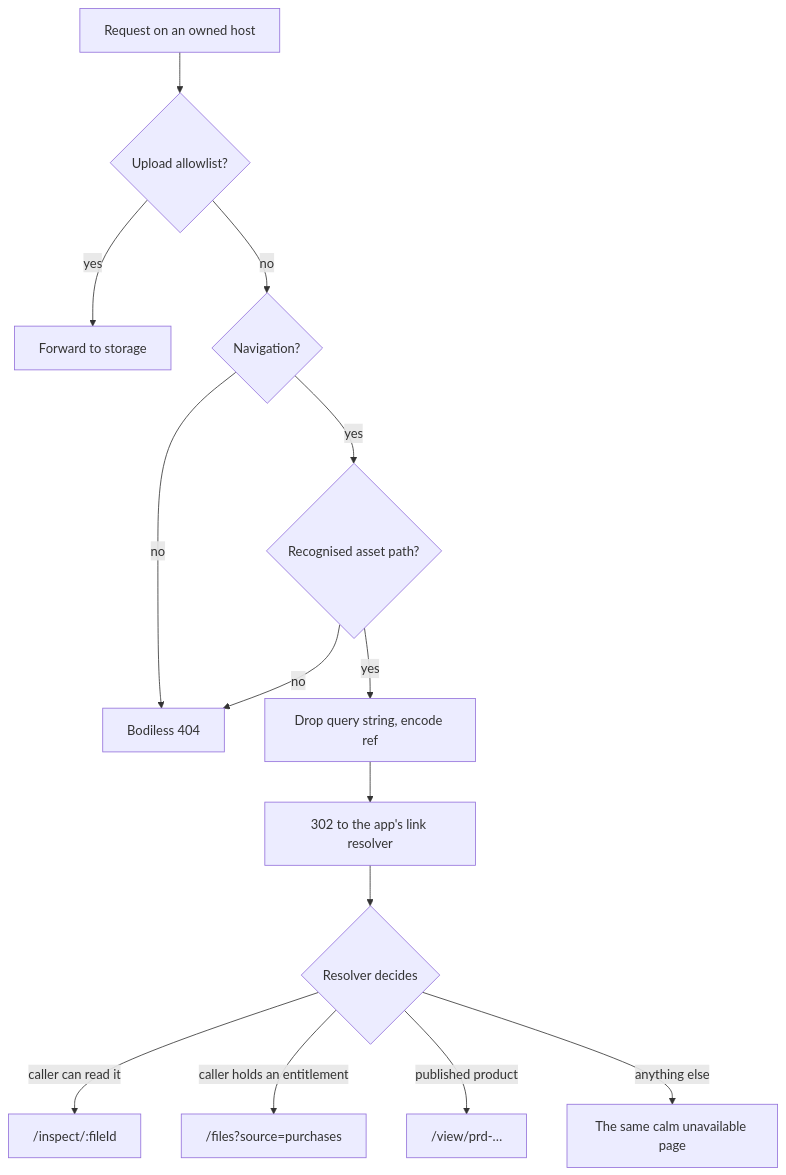
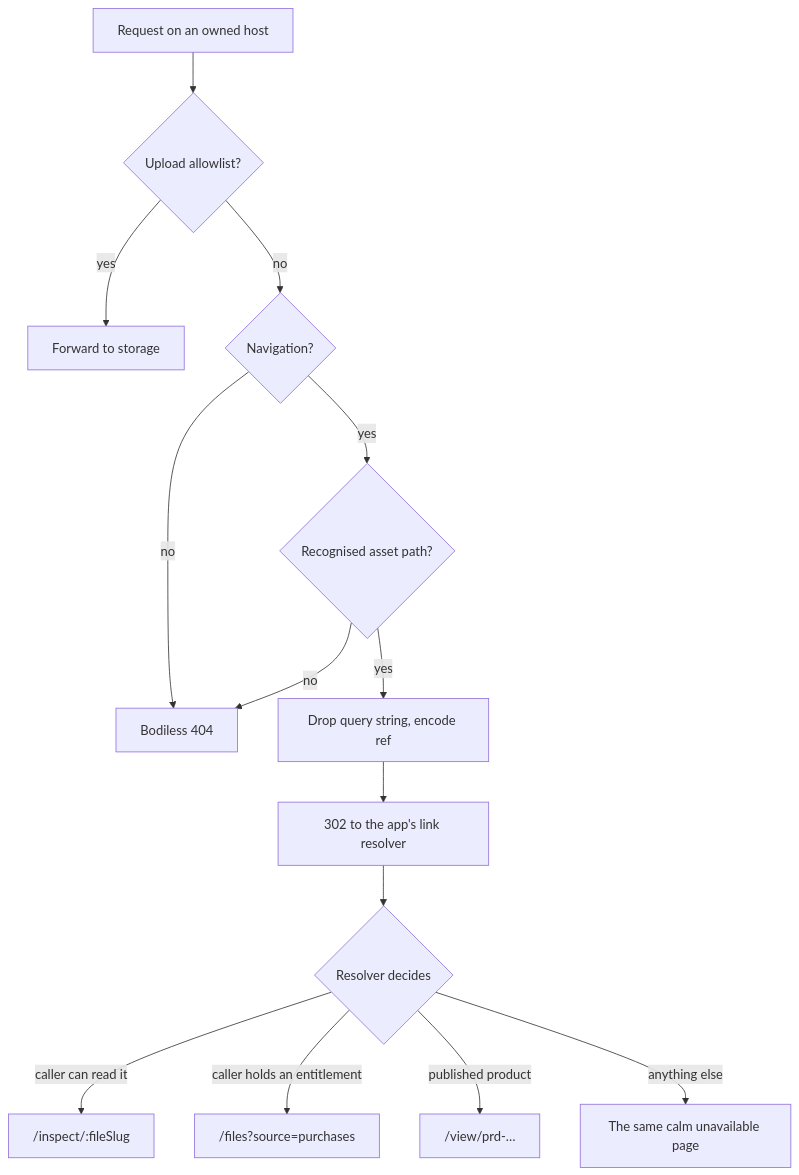
The third of 3 diagrams in documentation/architecture/ASSET_DELIVERY_ARCHITECTURE.md (Kotsiee/Projective.com), drawn with Mermaid before and after one commit. The commit also changed other lines of this file and 73 other files, not shown here.

````diff
--- a/documentation/architecture/ASSET_DELIVERY_ARCHITECTURE.md
+++ b/documentation/architecture/ASSET_DELIVERY_ARCHITECTURE.md
@@ -343,16 +343,16 @@
 ```mermaid
 flowchart TD
   A[Request on an owned host] --> U{Upload allowlist?}
   U -->|yes| F[Forward to storage]
   U -->|no| N{Navigation?}
   N -->|no| Z[Bodiless 404]
   N -->|yes| P{Recognised asset path?}
   P -->|no| Z
   P -->|yes| R[Drop query string, encode ref]
   R --> L[302 to the app's link resolver]
   L --> Q{Resolver decides}
-  Q -->|caller can read it| I["/inspect/:fileId"]
+  Q -->|caller can read it| I["/inspect/:fileSlug"]
   Q -->|caller holds an entitlement| O["/files?source=purchases"]
   Q -->|published product| V["/view/prd-…"]
   Q -->|anything else| X[The same calm unavailable page]
 ```
````
